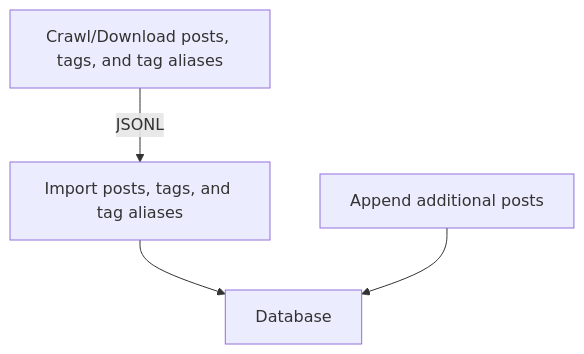
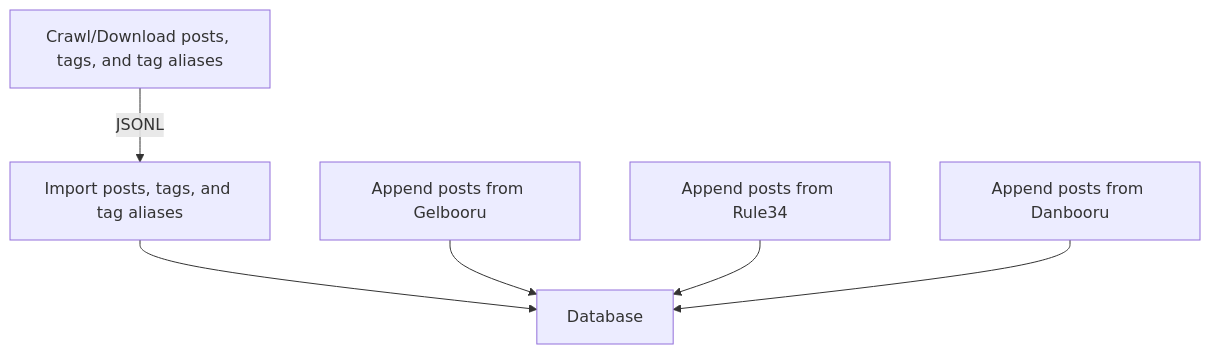
One commit to hearmeneigh/e621-rising-configs changed the first of 4 diagrams in README.md. Above: the diagram before and after it, drawn with Mermaid. The commit also changed other lines of this file and 2 other files, not shown here.

````diff
--- a/README.md
+++ b/README.md
@@ -67,7 +67,9 @@
 ```mermaid
 flowchart TD
     CRAWL[Crawl/Download posts, tags, and tag aliases] -- JSONL --> IMPORT
     IMPORT[Import posts, tags, and tag aliases] --> STORE
-    APPEND[Append additional posts] --> STORE
+    APPEND1[Append posts from Gelbooru] --> STORE
+    APPEND2[Append posts from Rule34] --> STORE
+    APPEND3[Append posts from Danbooru] --> STORE
     STORE[Database]
 ```
````
